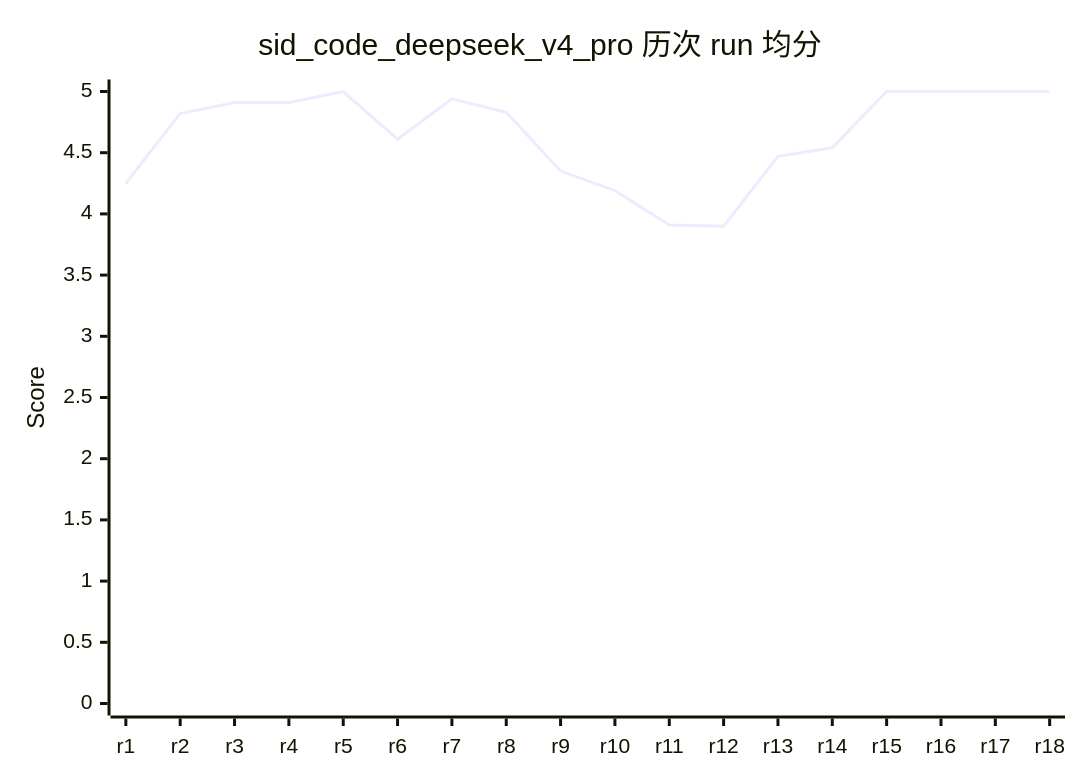
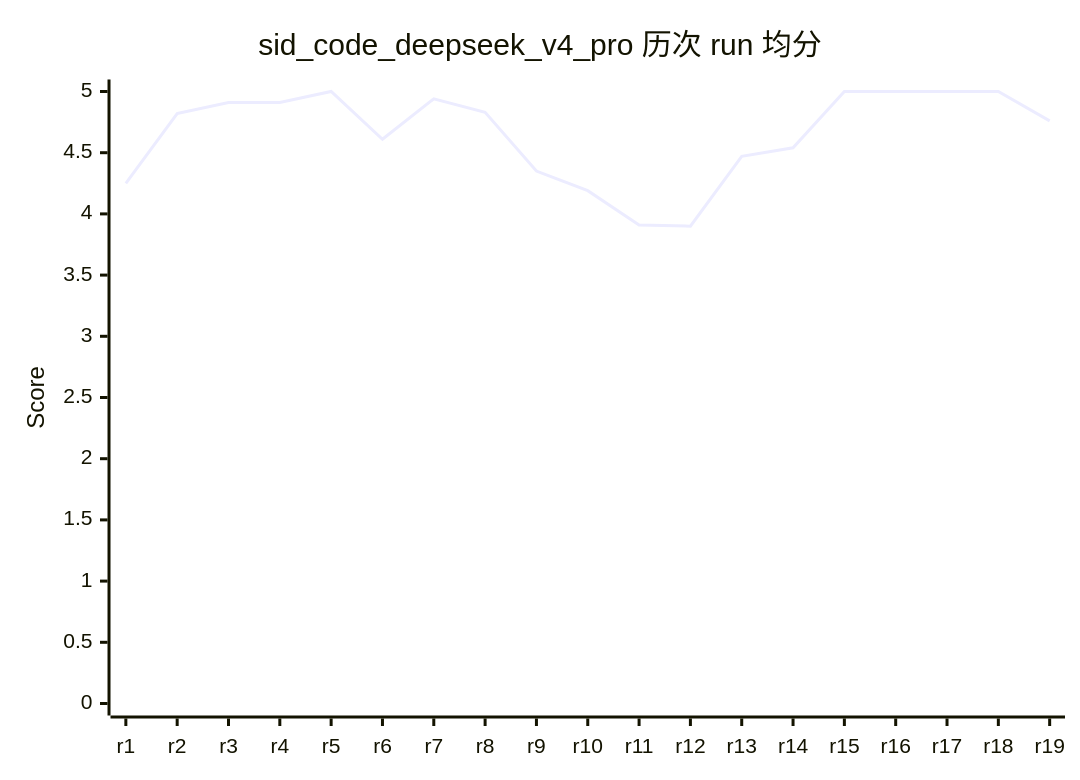
Before and after one commit to rushengzhou/sid-code: the seventh of 58 diagrams in evals/DASHBOARD.md, drawn with Mermaid. The commit also changed other lines of this file and 53 other files, not shown here.

````diff
--- a/evals/DASHBOARD.md
+++ b/evals/DASHBOARD.md
@@ -226,7 +227,7 @@
 ```mermaid
 xychart-beta
     title "sid_code_deepseek_v4_pro 历次 run 均分"
-    x-axis [r1, r2, r3, r4, r5, r6, r7, r8, r9, r10, r11, r12, r13, r14, r15, r16, r17, r18]
+    x-axis [r1, r2, r3, r4, r5, r6, r7, r8, r9, r10, r11, r12, r13, r14, r15, r16, r17, r18, r19]
     y-axis "Score" 0 --> 5
-    line [4.25, 4.82, 4.91, 4.91, 5.00, 4.61, 4.94, 4.83, 4.35, 4.19, 3.91, 3.90, 4.47, 4.54, 5.00, 5.00, 5.00, 5.00]
+    line [4.25, 4.82, 4.91, 4.91, 5.00, 4.61, 4.94, 4.83, 4.35, 4.19, 3.91, 3.90, 4.47, 4.54, 5.00, 5.00, 5.00, 5.00, 4.76]
 ```
````
